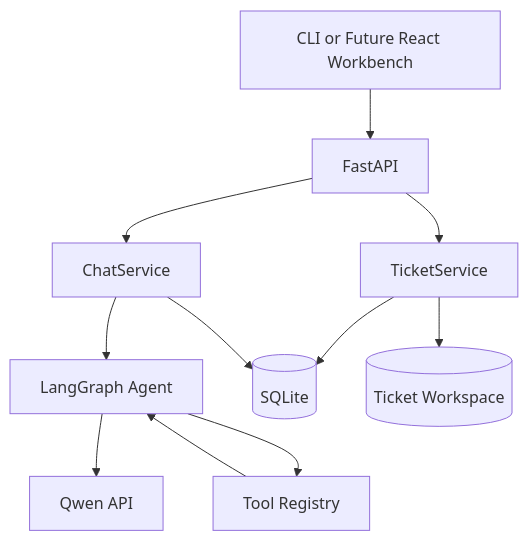
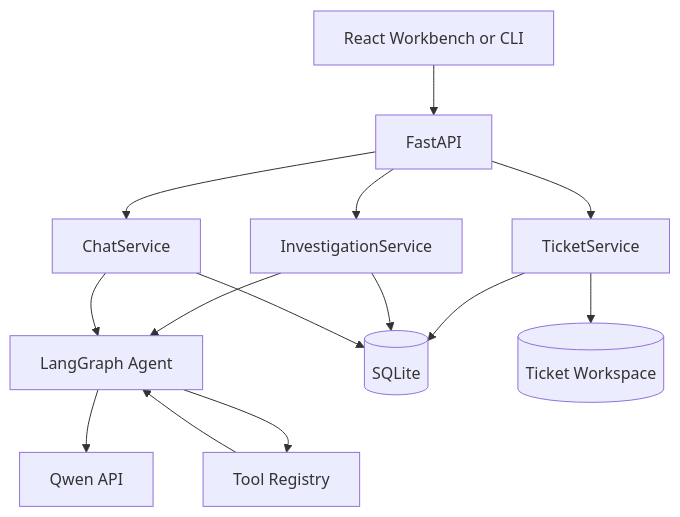
One commit to NIYAOYE/triageops-agent-Lab changed the diagram in README.md. Above: the diagram before and after it, drawn with Mermaid. The commit also changed other lines of this file and 11 other files, not shown here.

````diff
--- a/README.md
+++ b/README.md
@@ -35,23 +32,27 @@
 ```mermaid
 flowchart TB
-    UI[CLI or Future React Workbench]
+    UI[React Workbench or CLI]
     API[FastAPI]
     TS[TicketService]
+    IS[InvestigationService]
     CS[ChatService]
     TR[Tool Registry]
     AG[LangGraph Agent]
     Q[Qwen API]
     DB[(SQLite)]
     FS[(Ticket Workspace)]
 
     UI --> API
     API --> TS
+    API --> IS
     API --> CS
     TS --> DB
     TS --> FS
+    IS --> DB
+    IS --> AG
     CS --> DB
     CS --> AG
     AG --> Q
     AG --> TR
     TR --> AG
 ```
````
